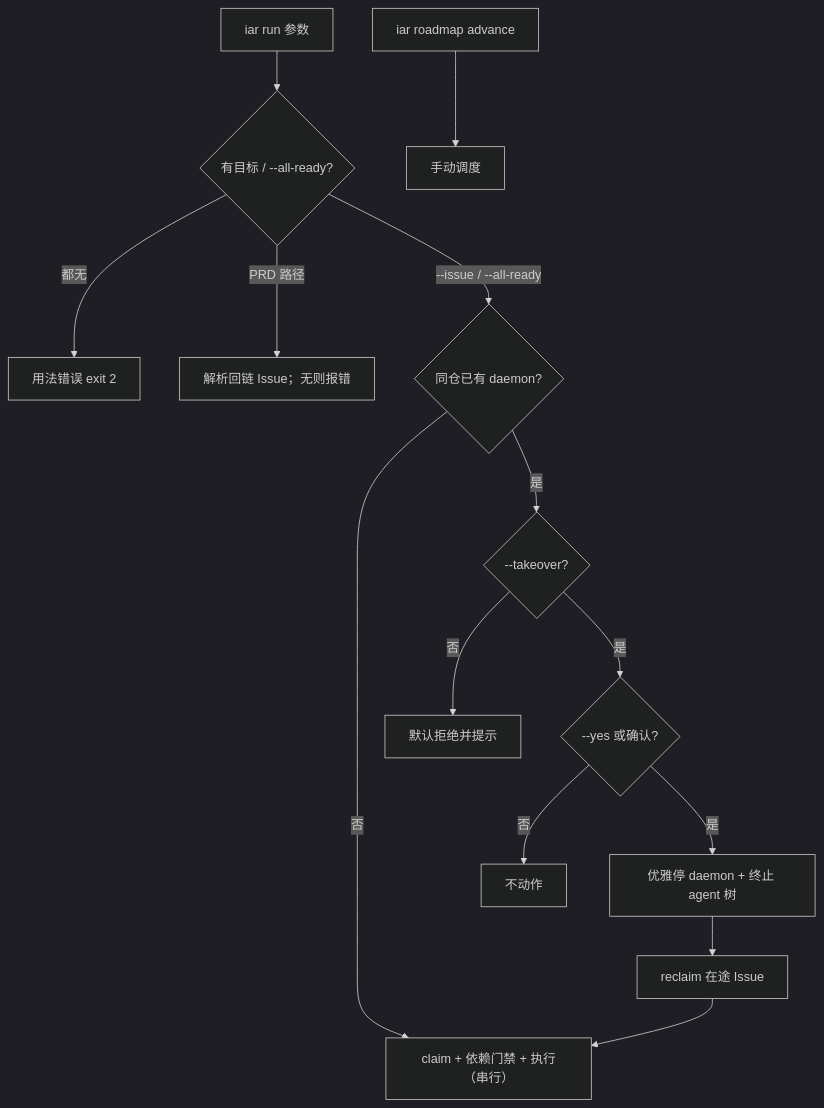
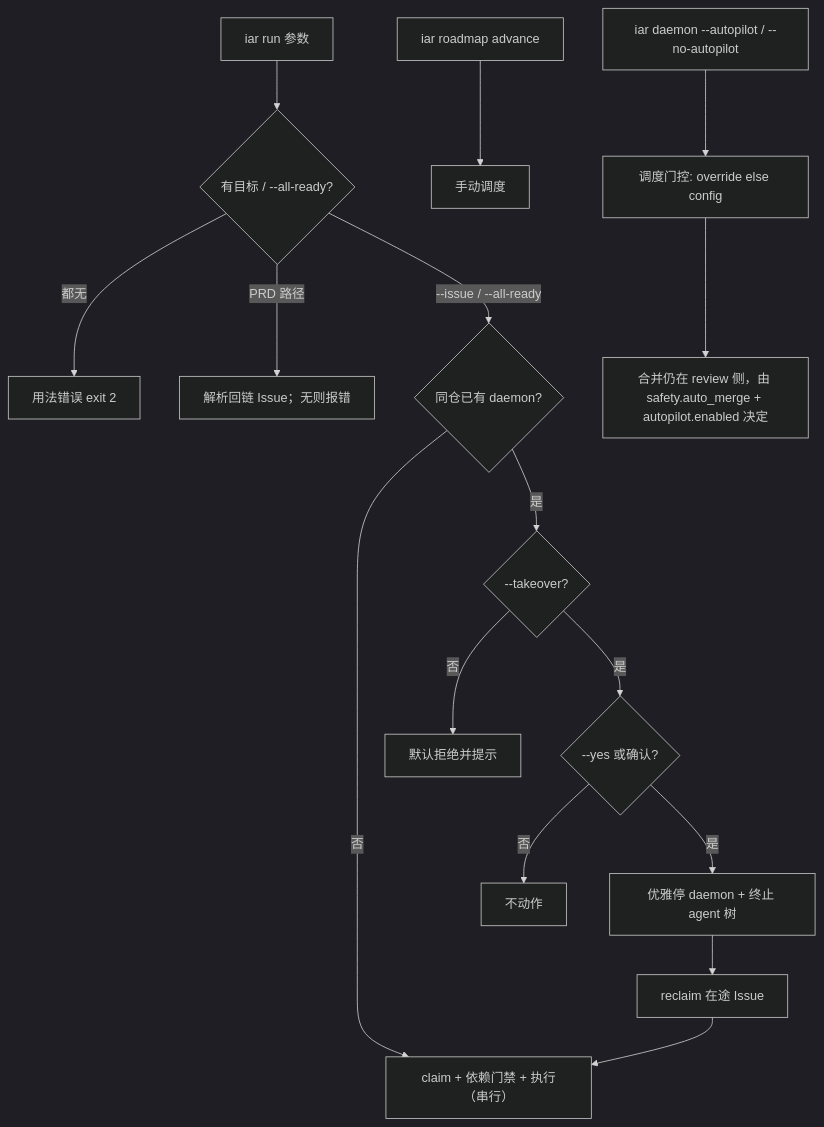
Before and after one commit to ZataZhang/keda: the diagram in tasks/pending/P1-FEAT-20261005-161633-run-daemon-autopilot-control-surface.md, drawn with Mermaid (dark theme). The commit also changed other lines of this file, not shown here.

First line of the commit message:
docs(prd): add daemon --autopilot scheduling override to control-surface PRD

````diff
--- a/tasks/pending/P1-FEAT-20261005-161633-run-daemon-autopilot-control-surface.md
+++ b/tasks/pending/P1-FEAT-20261005-161633-run-daemon-autopilot-control-surface.md
@@ -272,16 +291,18 @@
 ```mermaid
 flowchart TD
     A[iar run 参数] --> Z{有目标 / --all-ready?}
     Z -->|都无| ERR[用法错误 exit 2]
     Z -->|PRD 路径| R[解析回链 Issue；无则报错]
     Z -->|--issue / --all-ready| B{同仓已有 daemon?}
     B -->|否| G[claim + 依赖门禁 + 执行（串行）]
     B -->|是| C{--takeover?}
     C -->|否| D[默认拒绝并提示]
     C -->|是| E{--yes 或确认?}
     E -->|否| D2[不动作]
     E -->|是| F[优雅停 daemon + 终止 agent 树]
     F --> H[reclaim 在途 Issue]
     H --> G
     I[iar roadmap advance] --> J[手动调度]
+    P[iar daemon --autopilot / --no-autopilot] --> Q[调度门控: override else config]
+    Q --> RG[合并仍在 review 侧，由 safety.auto_merge + autopilot.enabled 决定]
 ```
````
